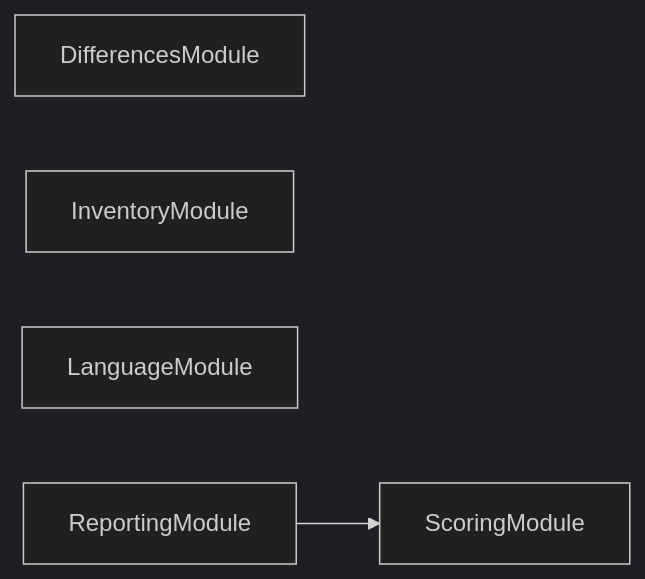
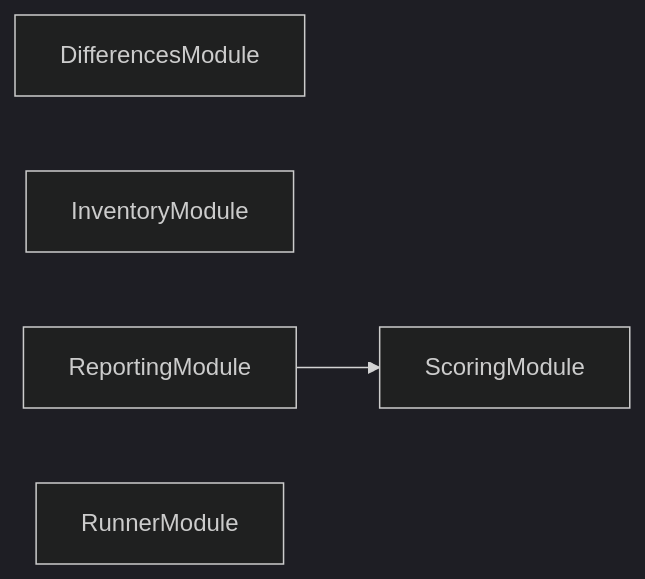
One commit to JimmyPaolini/codebase changed the second of 3 diagrams in packages/conformetry-core/README.md. Above: the diagram before and after it, drawn with Mermaid (dark theme). The commit also changed other lines of this file and 16 other files, not shown here.

Commit message:
refactor(conformetry): ♻️ rename the language runner in conformetry-core

````diff
--- a/packages/conformetry-core/README.md
+++ b/packages/conformetry-core/README.md
@@ -213,9 +213,9 @@
 ```mermaid
 flowchart LR
   DifferencesModule
   InventoryModule
-  LanguageModule
   ReportingModule
+  RunnerModule
   ScoringModule
   ReportingModule --> ScoringModule
 ```
````
